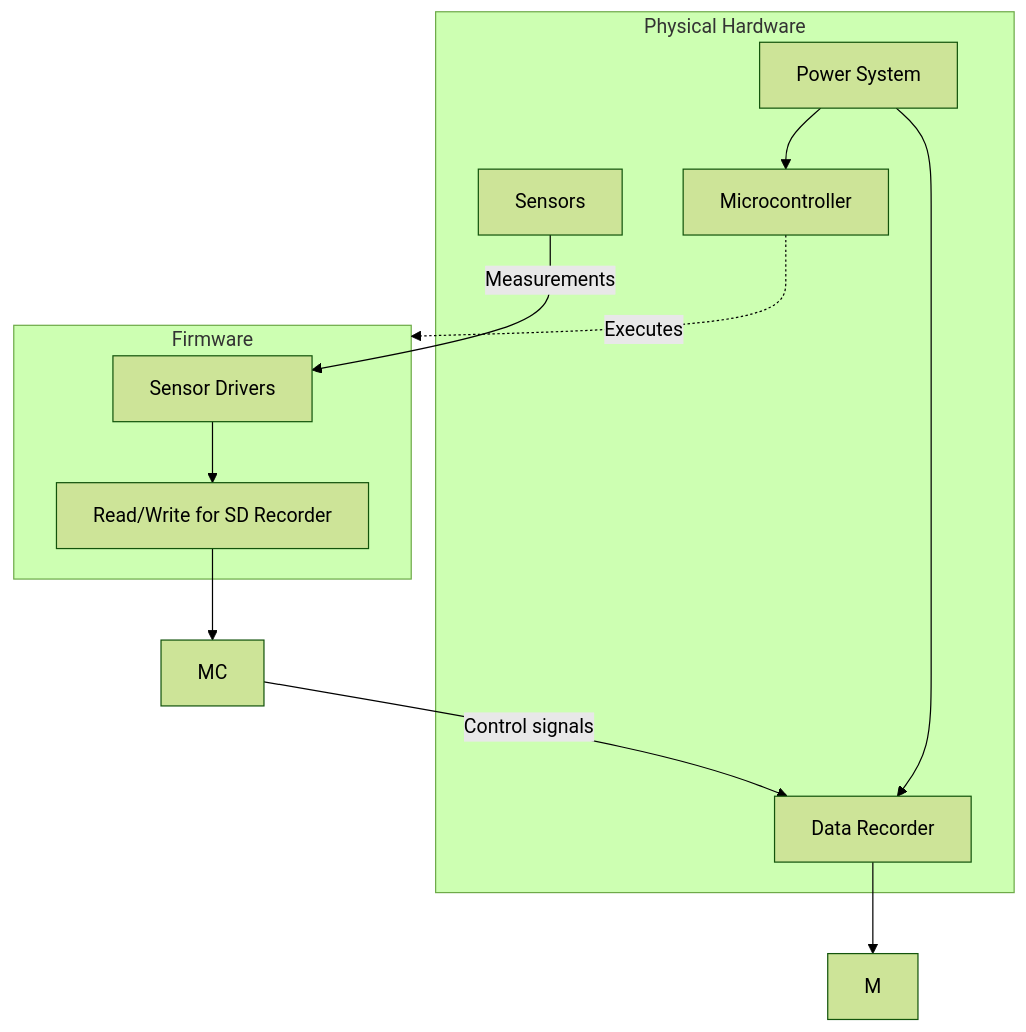
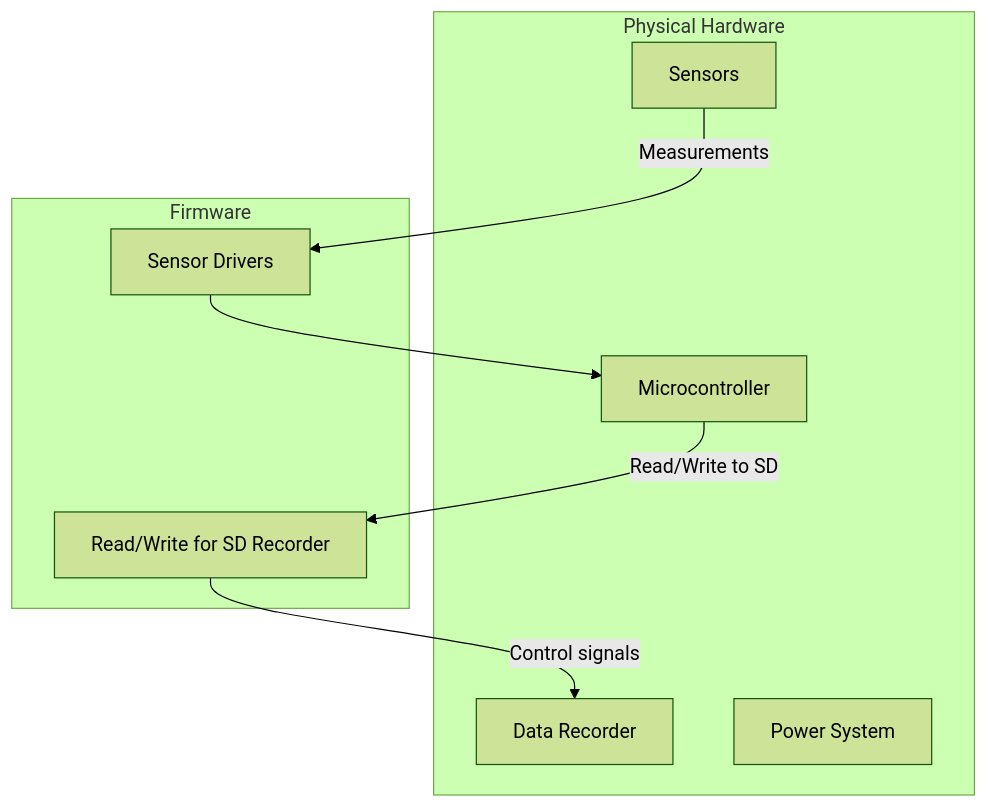
One commit to FerretInEmbeddedSystems/Basic-Weather-Balloon-BlackBox changed the diagram in README.md. Above: the diagram before and after it, drawn with Mermaid (forest theme).

Commit message:
Update README.md
see what i did to the data flow chart now.

````diff
--- a/README.md
+++ b/README.md
@@ -6,23 +6,19 @@
 ```mermaid
 flowchart TB
     subgraph HW["Physical Hardware"]
         MCU["Microcontroller"]
         S["Sensors"]
-        MD["Data Recorder"]
+        DR["Data Recorder"]
         P["Power System"]
     end
 
     subgraph FW["Firmware"]
         SD["Sensor Drivers"]
         RC["Read/Write for SD Recorder"]
     end
 
     S -->|"Measurements"| SD
-    SD --> RC
-    RC --> MC
-    MC -->|"Control signals"| MD
-    MD --> M
-    MCU -.->|"Executes"| FW
-    P --> MCU
-    P --> MD
+    SD --> MCU
+    MCU --> |"Read/Write to SD"|RC
+    RC -->|"Control signals"| DR
 ```
````
